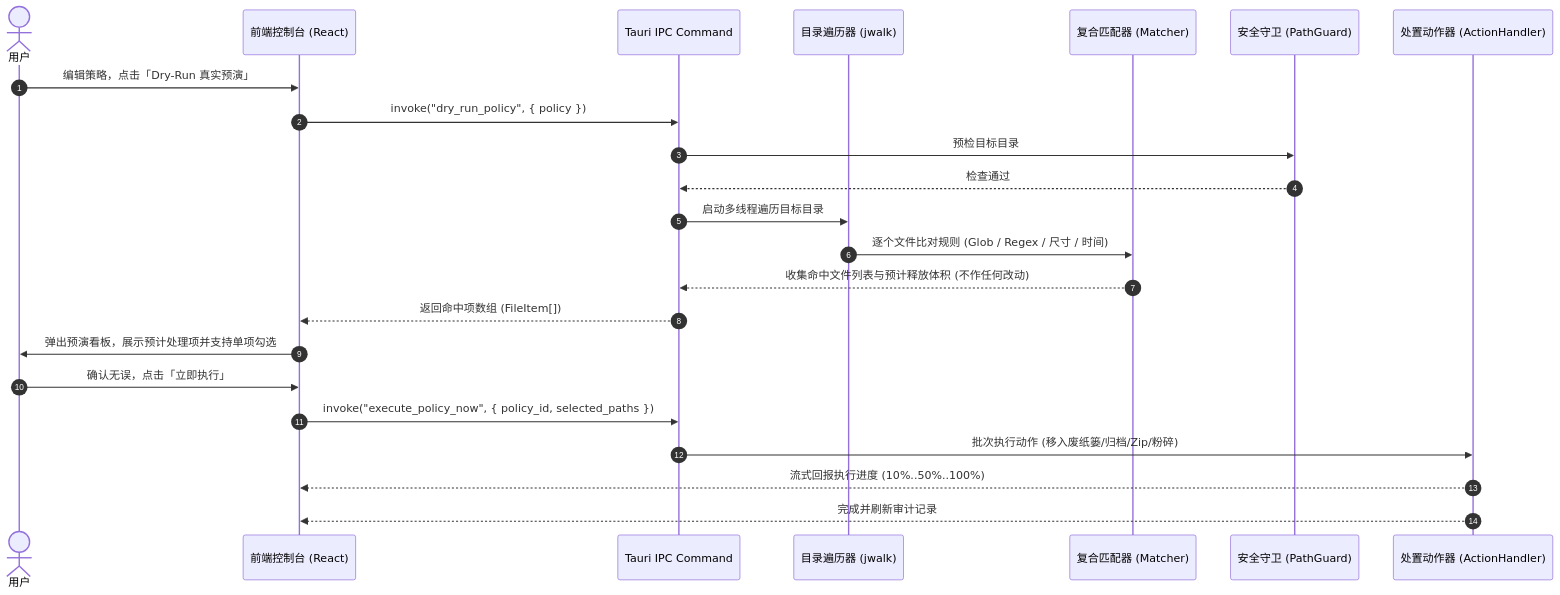
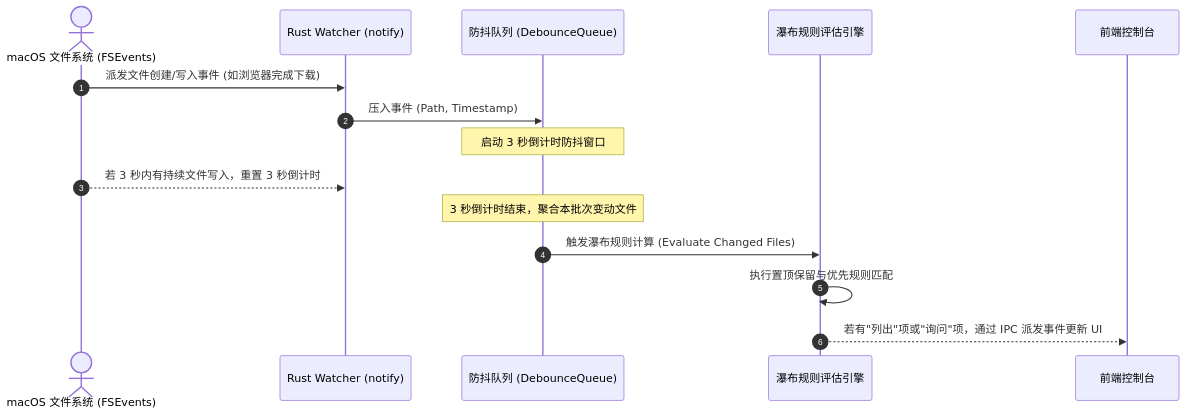
The third of 4 diagrams in DevDoc/file-purger/ARCHITECTURE.md (AubreyHan/PersonalDev), drawn with Mermaid before and after one commit. The commit also changed other lines of this file, not shown here.

Commit message:
auto-sync: 2026-11-03 21:48:37 - 1 files (modified: ARCHITECTURE.md)

````diff
--- a/DevDoc/file-purger/ARCHITECTURE.md
+++ b/DevDoc/file-purger/ARCHITECTURE.md
@@ -219,27 +227,18 @@
 ```mermaid
 sequenceDiagram
     autonumber
-    actor User as 用户
-    participant UI as 前端控制台 (React)
-    participant IPC as Tauri IPC Command
-    participant Scanner as 目录遍历器 (jwalk)
-    participant Matcher as 复合匹配器 (Matcher)
-    participant Guard as 安全守卫 (PathGuard)
-    participant Action as 处置动作器 (ActionHandler)
+    actor FS as macOS 文件系统 (FSEvents)
+    participant Watcher as Rust Watcher (notify)
+    participant Debounce as 防抖队列 (DebounceQueue)
+    participant Engine as 瀑布规则评估引擎
+    participant UI as 前端控制台
 
-    User->>UI: 编辑策略，点击「Dry-Run 真实预演」
-    UI->>IPC: invoke("dry_run_policy", { policy })
-    IPC->>Guard: 预检目标目录
-    Guard-->>IPC: 检查通过
-    IPC->>Scanner: 启动多线程遍历目标目录
-    Scanner->>Matcher: 逐个文件比对规则 (Glob / Regex / 尺寸 / 时间)
-    Matcher-->>IPC: 收集命中文件列表与预计释放体积 (不作任何改动)
-    IPC-->>UI: 返回命中项数组 (FileItem[])
-    UI->>User: 弹出预演看板，展示预计处理项并支持单项勾选
-
-    User->>UI: 确认无误，点击「立即执行」
-    UI->>IPC: invoke("execute_policy_now", { policy_id, selected_paths })
-    IPC->>Action: 批次执行动作 (移入废纸篓/归档/Zip/粉碎)
-    Action-->>UI: 流式回报执行进度 (10%..50%..100%)
-    Action-->>UI: 完成并刷新审计记录
+    FS->>Watcher: 派发文件创建/写入事件 (如浏览器完成下载)
+    Watcher->>Debounce: 压入事件 (Path, Timestamp)
+    Note over Debounce: 启动 3 秒倒计时防抖窗口
+    FS-->>Watcher: 若 3 秒内有持续文件写入，重置 3 秒倒计时
+    Note over Debounce: 3 秒倒计时结束，聚合本批次变动文件
+    Debounce->>Engine: 触发瀑布规则计算 (Evaluate Changed Files)
+    Engine->>Engine: 执行置顶保留与优先规则匹配
+    Engine-->>UI: 若有"列出"项或"询问"项，通过 IPC 派发事件更新 UI
 ```
````
